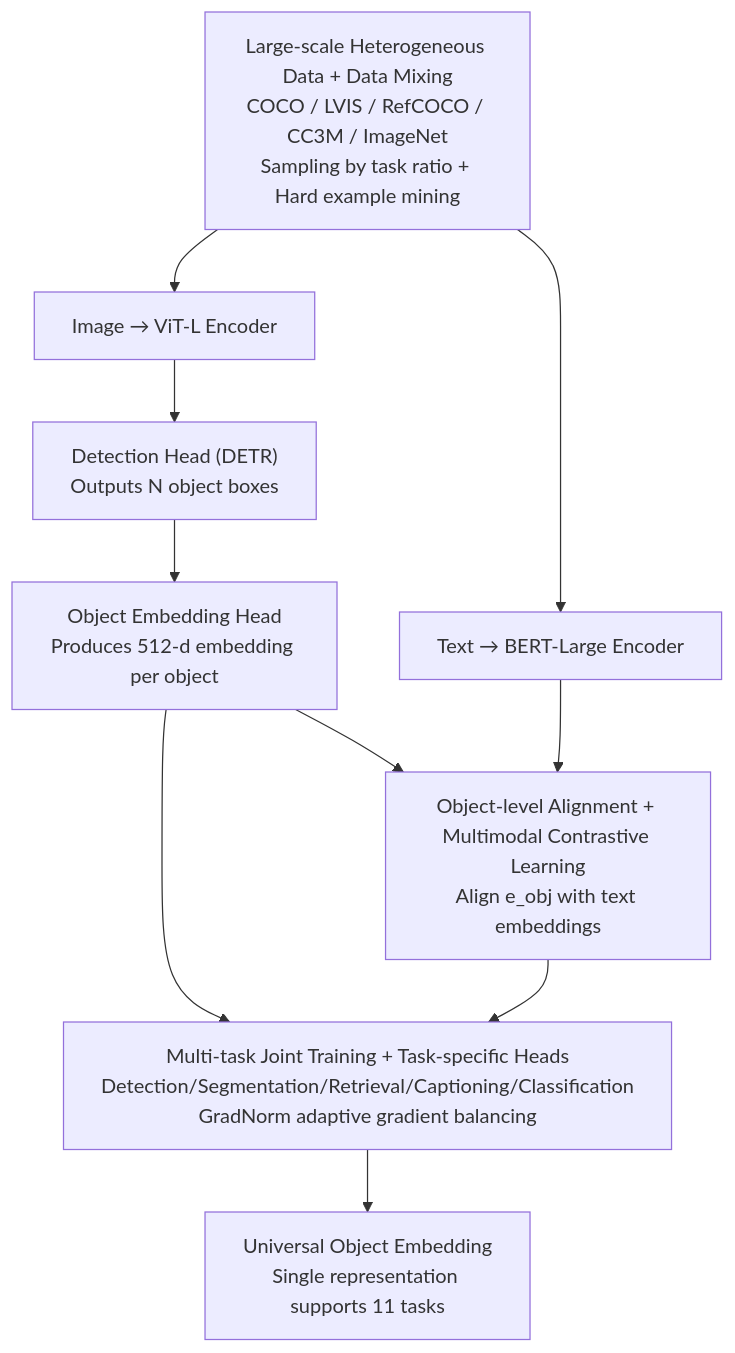
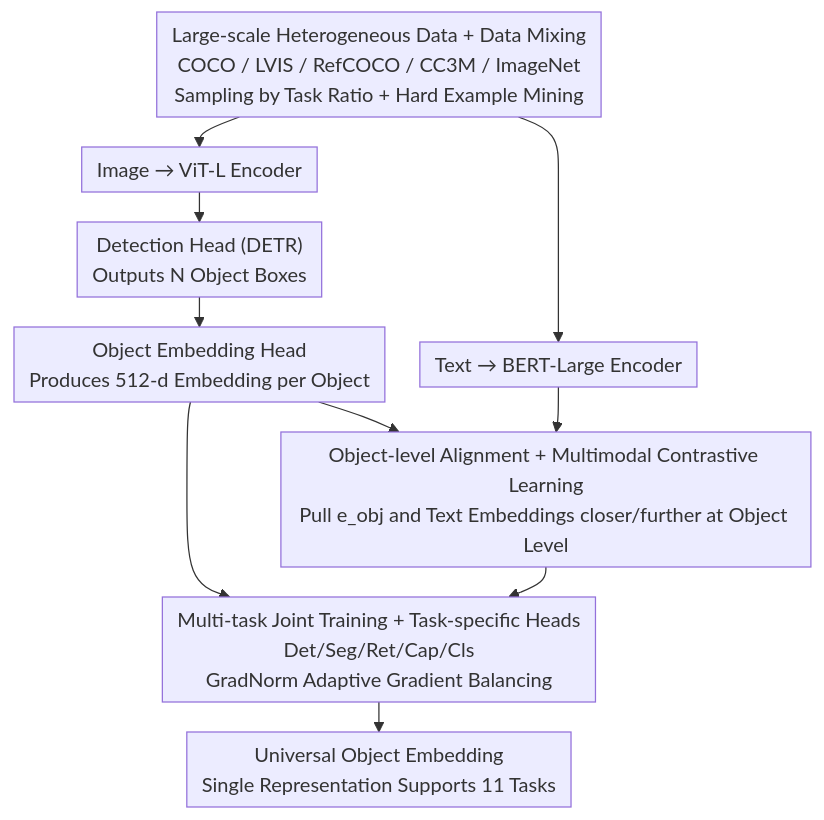
The diagram in docs/ICML2026/social_computing/objembed_towards_universal_multimodal_object_embeddings.md (zhaoyang97/Paper-Notes-en), drawn with Mermaid before and after one commit. The commit also changed other lines of this file and 5084 other files, not shown here.

````diff
--- a/docs/ICML2026/social_computing/objembed_towards_universal_multimodal_object_embeddings.md
+++ b/docs/ICML2026/social_computing/objembed_towards_universal_multimodal_object_embeddings.md
@@ -42,13 +42,14 @@
 ```mermaid
-graph TD
-    DATA["Large-scale Heterogeneous Data + Data Mixing<br/>COCO / LVIS / RefCOCO / CC3M / ImageNet<br/>Sampling by task ratio + Hard example mining"]
+%%{init: {'flowchart': {'rankSpacing': 24, 'nodeSpacing': 28, 'padding': 6, 'wrappingWidth': 400}}}%%
+flowchart TD
+    DATA["Large-scale Heterogeneous Data + Data Mixing<br/>COCO / LVIS / RefCOCO / CC3M / ImageNet<br/>Sampling by Task Ratio + Hard Example Mining"]
     DATA --> IMG["Image → ViT-L Encoder"]
     DATA --> TXT["Text → BERT-Large Encoder"]
-    IMG --> DET["Detection Head (DETR)<br/>Outputs N object boxes"]
-    DET --> OBJ["Object Embedding Head<br/>Produces 512-d embedding per object"]
-    OBJ --> ALIGN["Object-level Alignment + Multimodal Contrastive Learning<br/>Align e_obj with text embeddings"]
+    IMG --> DET["Detection Head (DETR)<br/>Outputs N Object Boxes"]
+    DET --> OBJ["Object Embedding Head<br/>Produces 512-d Embedding per Object"]
+    OBJ --> ALIGN["Object-level Alignment + Multimodal Contrastive Learning<br/>Pull e_obj and Text Embeddings closer/further at Object Level"]
     TXT --> ALIGN
-    OBJ --> MT["Multi-task Joint Training + Task-specific Heads<br/>Detection/Segmentation/Retrieval/Captioning/Classification<br/>GradNorm adaptive gradient balancing"]
+    OBJ --> MT["Multi-task Joint Training + Task-specific Heads<br/>Det/Seg/Ret/Cap/Cls<br/>GradNorm Adaptive Gradient Balancing"]
     ALIGN --> MT
-    MT --> OUT["Universal Object Embedding<br/>Single representation supports 11 tasks"]
+    MT --> OUT["Universal Object Embedding<br/>Single Representation Supports 11 Tasks"]
 ```
````
